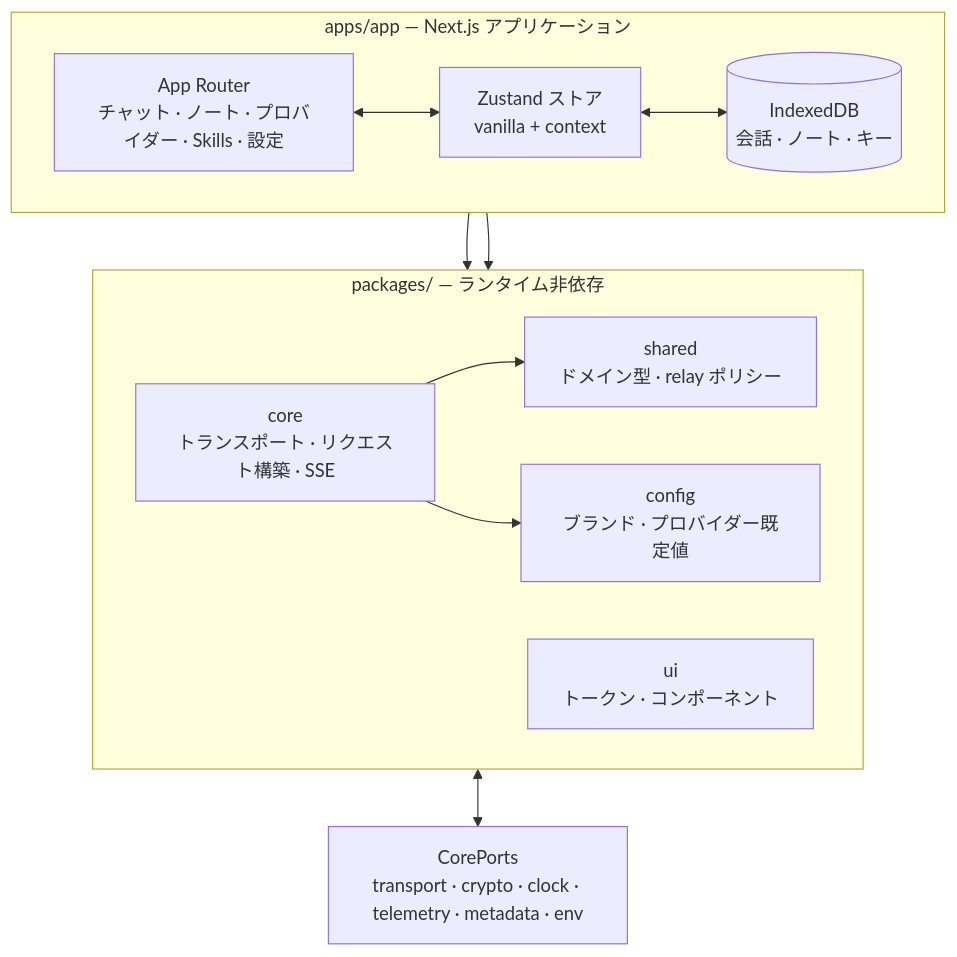
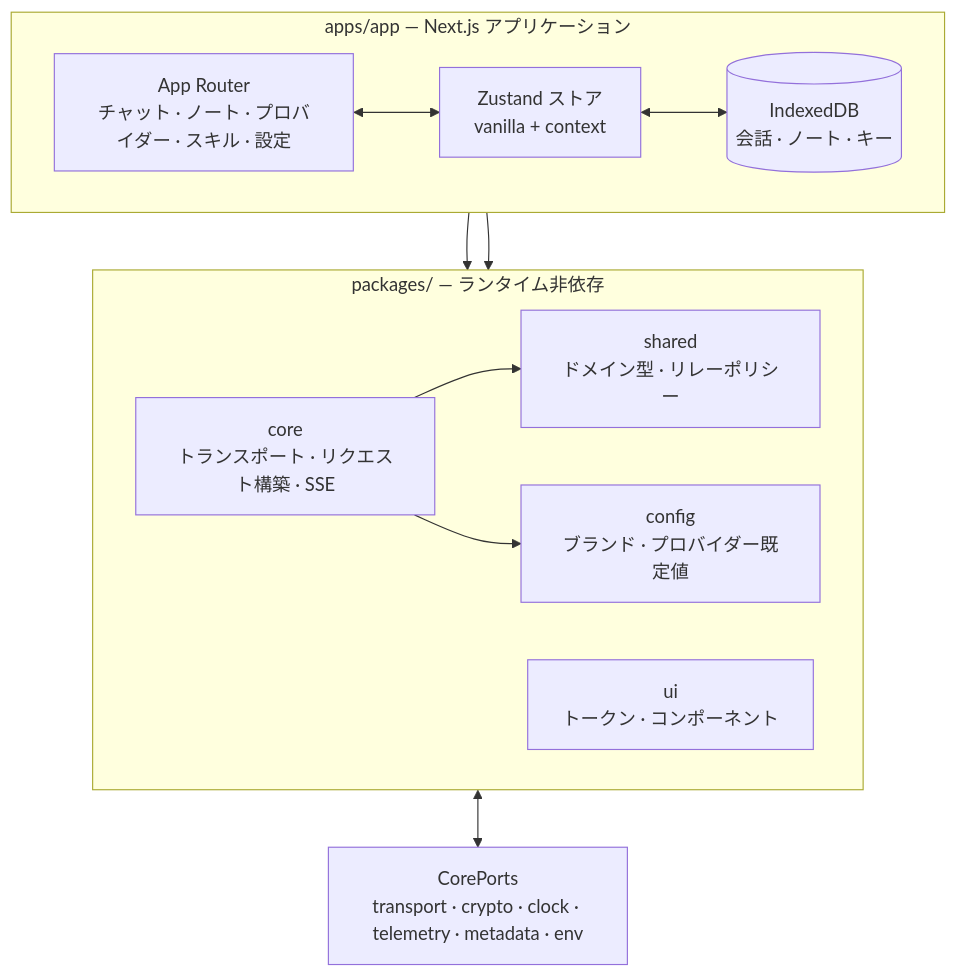
The second of 2 diagrams in readme_i18n/ja/web.md (oriveo/oriveo), drawn with Mermaid before and after one commit. The commit also changed other lines of this file and 89 other files, not shown here.

````diff
--- a/readme_i18n/ja/web.md
+++ b/readme_i18n/ja/web.md
@@ -122,25 +124,25 @@
 ```mermaid
 flowchart TB
     subgraph app ["apps/app — Next.js アプリケーション"]
         direction LR
-        routes["App Router<br/>チャット · ノート · プロバイダー · Skills · 設定"]
+        routes["App Router<br/>チャット · ノート · プロバイダー · スキル · 設定"]
         store["Zustand ストア<br/>vanilla + context"]
         idb[("IndexedDB<br/>会話 · ノート · キー")]
     end
 
     subgraph pkgs ["packages/ — ランタイム非依存"]
         direction LR
         core["core<br/>トランスポート · リクエスト構築 · SSE"]
-        shared["shared<br/>ドメイン型 · relay ポリシー"]
+        shared["shared<br/>ドメイン型 · リレーポリシー"]
         ui["ui<br/>トークン · コンポーネント"]
         config["config<br/>ブランド · プロバイダー既定値"]
     end
 
     ports["CorePorts<br/>transport · crypto · clock · telemetry · metadata · env"]
 
     routes <--> store <--> idb
     store --> core
     core --> shared & config
     routes --> ui
     core <--> ports
 ```
````
